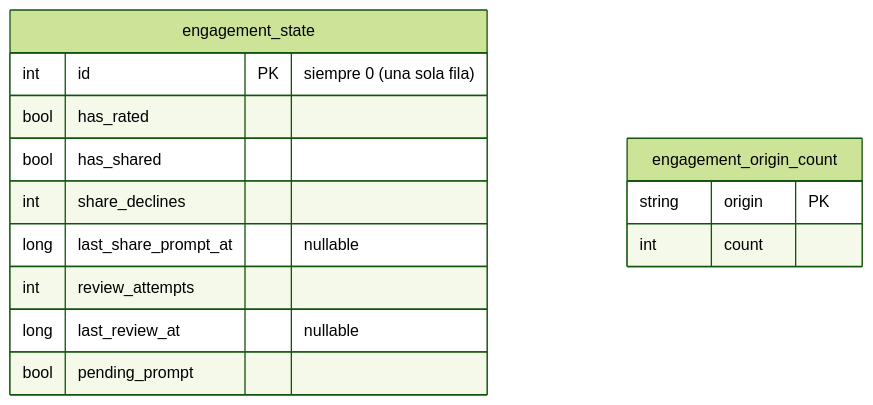
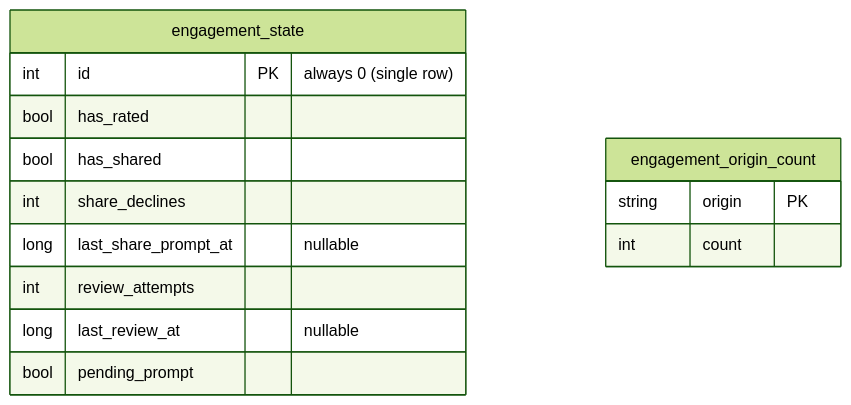
One commit to raxden/android-platform changed the fourth of 5 diagrams in platform/engagement/README.md. Above: the diagram before and after it, drawn with Mermaid (forest theme). The commit also changed other lines of this file, not shown here.

````diff
--- a/platform/engagement/README.md
+++ b/platform/engagement/README.md
@@ -178,17 +178,17 @@
 ```mermaid
 erDiagram
     engagement_state {
-        int id PK "siempre 0 (una sola fila)"
+        int id PK "always 0 (single row)"
         bool has_rated
         bool has_shared
         int share_declines
         long last_share_prompt_at "nullable"
         int review_attempts
         long last_review_at "nullable"
         bool pending_prompt
     }
     engagement_origin_count {
         string origin PK
         int count
     }
 ```
````
